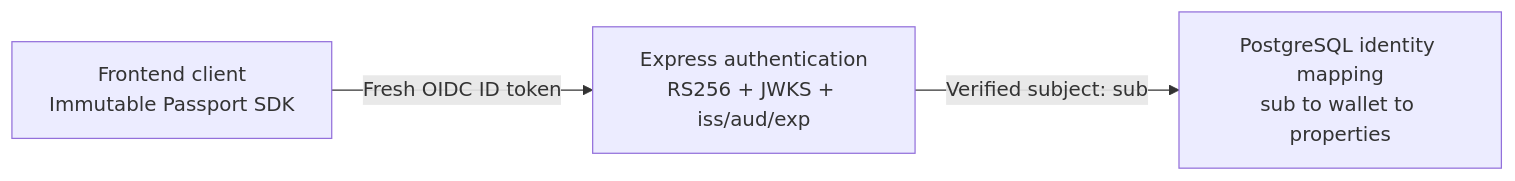
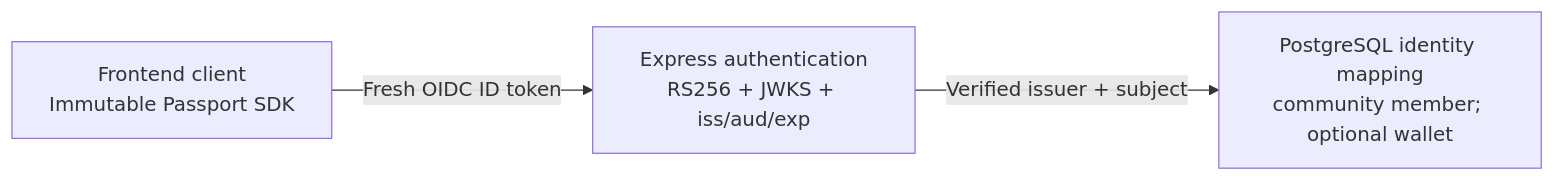
Before and after one commit to unstopableme/orden-del-margen: the diagram in docs/IMMUTABLE_PASSPORT_INTEGRATION.md, drawn with Mermaid. The commit also changed other lines of this file and 35 other files, not shown here.

````diff
--- a/docs/IMMUTABLE_PASSPORT_INTEGRATION.md
+++ b/docs/IMMUTABLE_PASSPORT_INTEGRATION.md
@@ -5,5 +5,5 @@
 ```mermaid
 graph LR
     A["Frontend client<br/>Immutable Passport SDK"] -->|Fresh OIDC ID token| B["Express authentication<br/>RS256 + JWKS + iss/aud/exp"]
-    B -->|Verified subject: sub| C["PostgreSQL identity mapping<br/>sub to wallet to properties"]
+    B -->|Verified issuer + subject| C["PostgreSQL identity mapping<br/>community member; optional wallet"]
 ```
````
